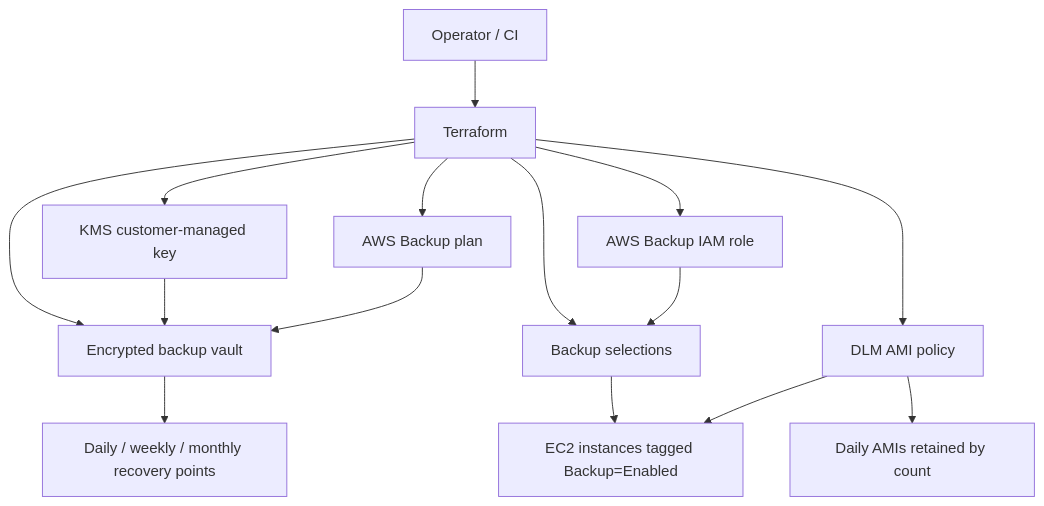
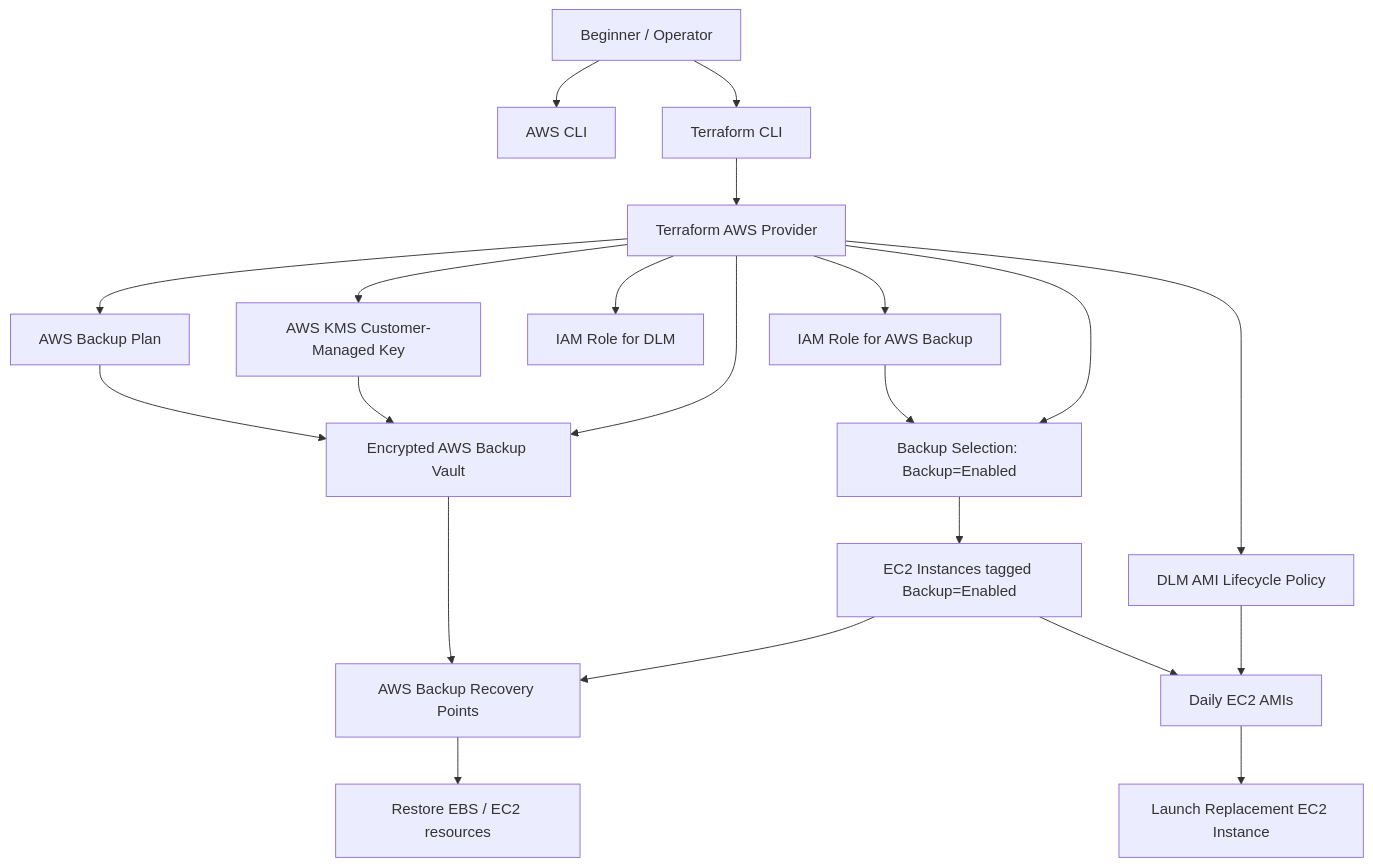
The diagram in README.md (0FFSIDE1/terraform-server-backup), drawn with Mermaid before and after one commit. The commit also changed other lines of this file, not shown here.

Commit message:
Rewrite README for beginner AWS backup usage

````diff
--- a/README.md
+++ b/README.md
@@ -7,17 +107,23 @@
 ```mermaid
 flowchart TD
-  O[Operator / CI] --> T[Terraform]
-  T --> K[KMS customer-managed key]
-  T --> R[AWS Backup IAM role]
-  T --> V[Encrypted backup vault]
-  T --> P[AWS Backup plan]
-  T --> S[Backup selections]
-  T --> D[DLM AMI policy]
-  K --> V
-  R --> S
-  P --> V
-  S --> E[EC2 instances tagged Backup=Enabled]
-  D --> E
-  D --> A[Daily AMIs retained by count]
-  V --> RP[Daily / weekly / monthly recovery points]
+  User[Beginner / Operator] --> CLI[AWS CLI]
+  User --> TF[Terraform CLI]
+  TF --> Provider[Terraform AWS Provider]
+  Provider --> KMS[AWS KMS Customer-Managed Key]
+  Provider --> IAMBackup[IAM Role for AWS Backup]
+  Provider --> IAMDLM[IAM Role for DLM]
+  Provider --> Vault[Encrypted AWS Backup Vault]
+  Provider --> Plan[AWS Backup Plan]
+  Provider --> Selection[Backup Selection: Backup=Enabled]
+  Provider --> DLM[DLM AMI Lifecycle Policy]
+  KMS --> Vault
+  IAMBackup --> Selection
+  Plan --> Vault
+  Selection --> EC2[EC2 Instances tagged Backup=Enabled]
+  EC2 --> RP[AWS Backup Recovery Points]
+  Vault --> RP
+  DLM --> AMI[Daily EC2 AMIs]
+  EC2 --> AMI
+  RP --> Restore[Restore EBS / EC2 resources]
+  AMI --> Relaunch[Launch Replacement EC2 Instance]
 ```
````
